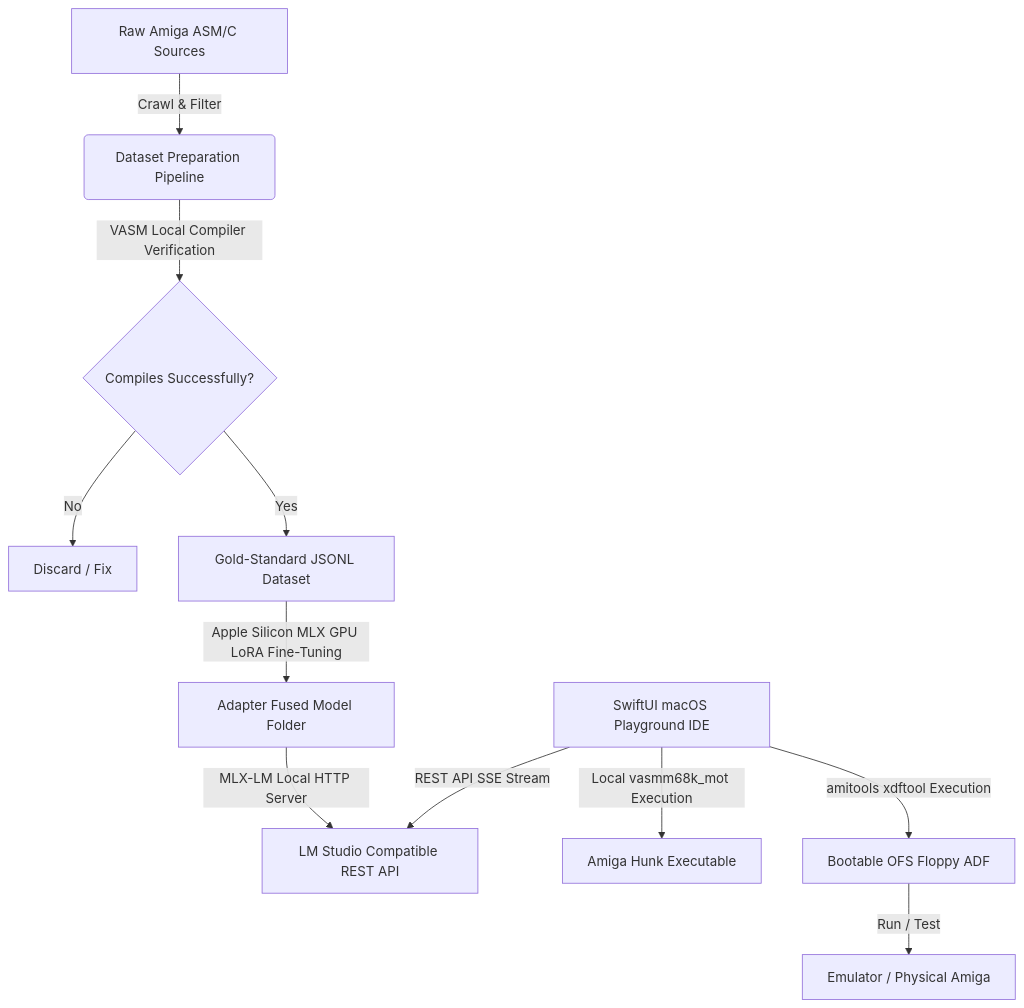
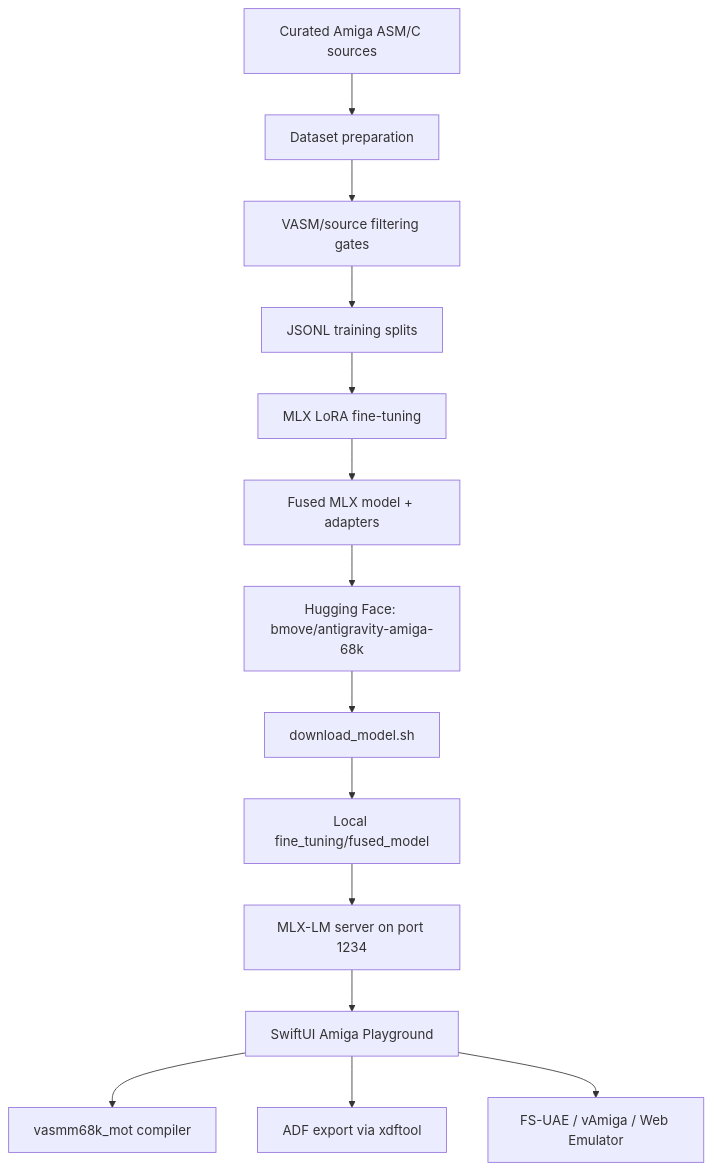
One commit to GINNOV/littlethings changed the diagram in Amiga/aMiLa/status_repo.md. Above: the diagram before and after it, drawn with Mermaid. The commit also changed other lines of this file and 40 other files, not shown here.

Commit message:
feat: broaden Amiga ASM reliability gates

````diff
--- a/Amiga/aMiLa/status_repo.md
+++ b/Amiga/aMiLa/status_repo.md
@@ -19,14 +140,16 @@
 ```mermaid
 graph TD
-    A[Raw Amiga ASM/C Sources] -->|Crawl & Filter| B(Dataset Preparation Pipeline)
-    B -->|VASM Local Compiler Verification| C{Compiles Successfully?}
-    C -->|No| D[Discard / Fix]
-    C -->|Yes| E[Gold-Standard JSONL Dataset]
-    E -->|Apple Silicon MLX GPU LoRA Fine-Tuning| F[Adapter Fused Model Folder]
-    F -->|MLX-LM Local HTTP Server| G[LM Studio Compatible REST API]
-    
-    H[SwiftUI macOS Playground IDE] -->|REST API SSE Stream| G
-    H -->|Local vasmm68k_mot Execution| I[Amiga Hunk Executable]
-    H -->|amitools xdftool Execution| J[Bootable OFS Floppy ADF]
-    J -->|Run / Test| K[Emulator / Physical Amiga]
+    A[Curated Amiga ASM/C sources] --> B[Dataset preparation]
+    B --> C[VASM/source filtering gates]
+    C --> D[JSONL training splits]
+    D --> E[MLX LoRA fine-tuning]
+    E --> F[Fused MLX model + adapters]
+    F --> G[Hugging Face: bmove/antigravity-amiga-68k]
+    G --> H[download_model.sh]
+    H --> I[Local fine_tuning/fused_model]
+    I --> J[MLX-LM server on port 1234]
+    J --> K[SwiftUI Amiga Playground]
+    K --> L[vasmm68k_mot compiler]
+    K --> M[ADF export via xdftool]
+    K --> N[FS-UAE / vAmiga / Web Emulator]
 ```
````
